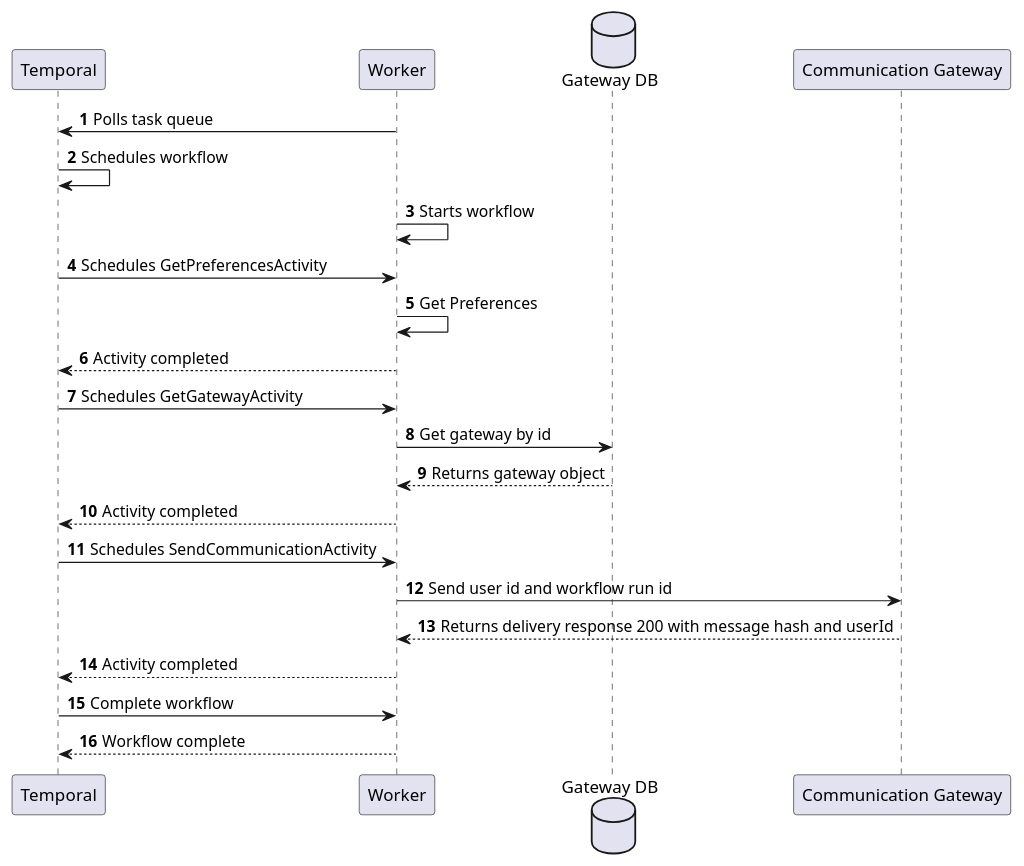
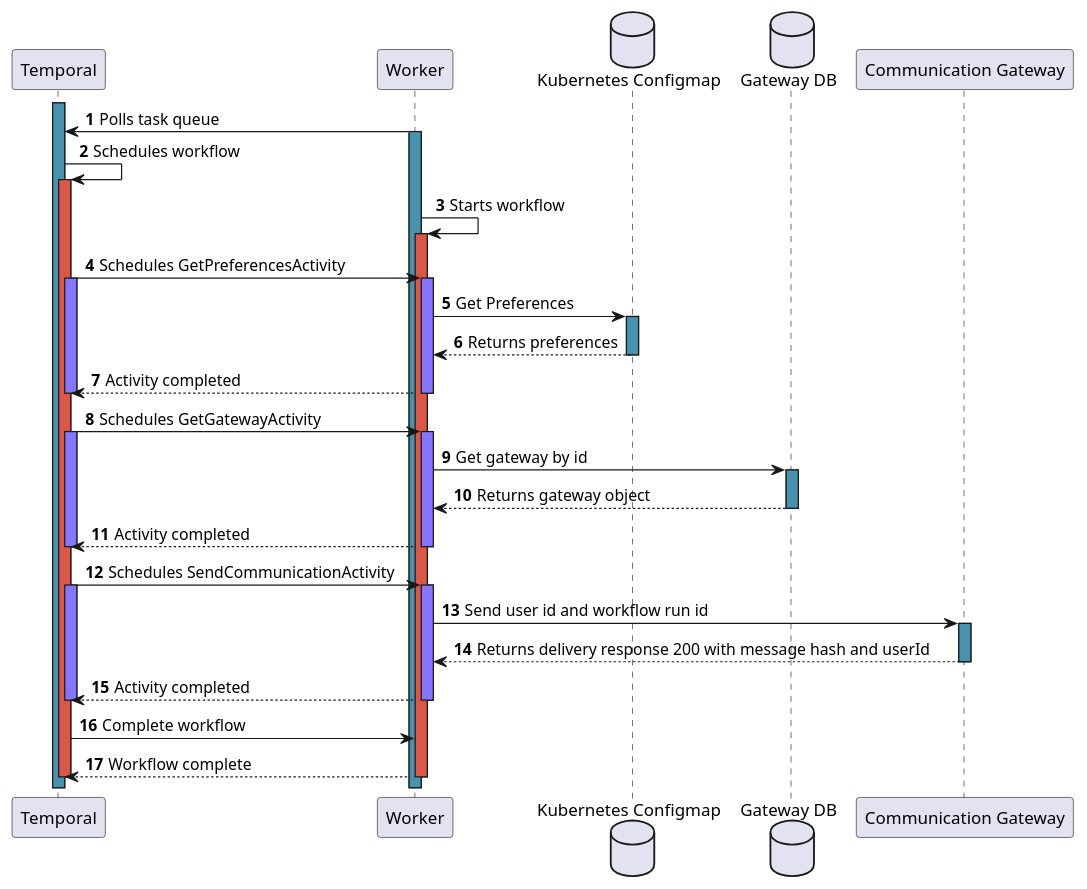
The diagram in Designs/Sequence Diagrams/SendCommunication.puml (CameronWard301/communication_scheduler), drawn with PlantUML before and after one commit. The commit also changed 184 other files, not shown here.

```diff
--- a/Designs/Sequence Diagrams/SendCommunication.puml
+++ b/Designs/Sequence Diagrams/SendCommunication.puml
@@ -1,27 +1,62 @@
 @startuml Create New Workflow
 
 participant "Temporal" as temporal
 participant "Worker" as worker
+database "Kubernetes Configmap" as configmap
 database "Gateway DB" as gwdb
 
 participant "Communication Gateway" as cgw
 
 autonumber
+activate temporal #4793AF
 
 worker -> temporal: Polls task queue
+activate worker #4793AF
 temporal -> temporal: Schedules workflow
+activate temporal #DD5746
+
 worker -> worker: Starts workflow
+activate worker #DD5746
 temporal -> worker: Schedules GetPreferencesActivity
-worker -> worker: Get Preferences
+activate temporal #8576FF
+activate worker #8576FF
+
+worker -> configmap: Get Preferences
+activate configmap #4793AF
+configmap --> worker: Returns preferences
+deactivate configmap
+
 worker --> temporal: Activity completed
+deactivate worker
+deactivate temporal
+
 temporal -> worker: Schedules GetGatewayActivity
+activate temporal #8576FF
+activate worker #8576FF
 worker -> gwdb: Get gateway by id
+activate gwdb #4793AF
+
 gwdb --> worker: Returns gateway object
+deactivate gwdb
+
 worker --> temporal: Activity completed
+deactivate worker
+deactivate temporal
+
 temporal -> worker: Schedules SendCommunicationActivity
+activate temporal #8576FF
+activate worker #8576FF
 worker -> cgw: Send user id and workflow run id
+activate cgw #4793AF
 cgw --> worker: Returns delivery response 200 with message hash and userId
+deactivate cgw
+
 worker --> temporal: Activity completed
+deactivate worker
+deactivate temporal
 temporal -> worker: Complete workflow
 worker --> temporal: Workflow complete
+deactivate worker
+deactivate temporal
+
 @enduml
```
